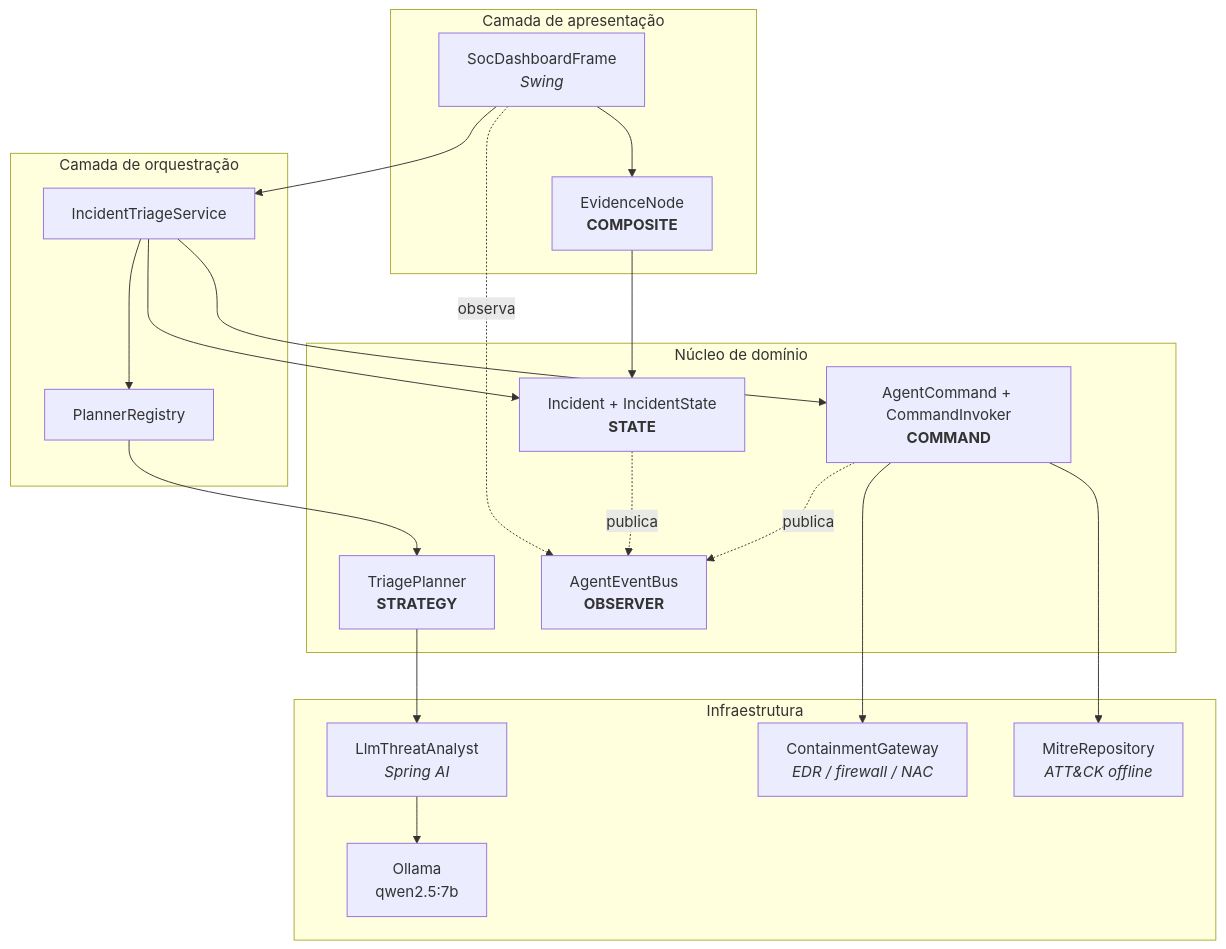
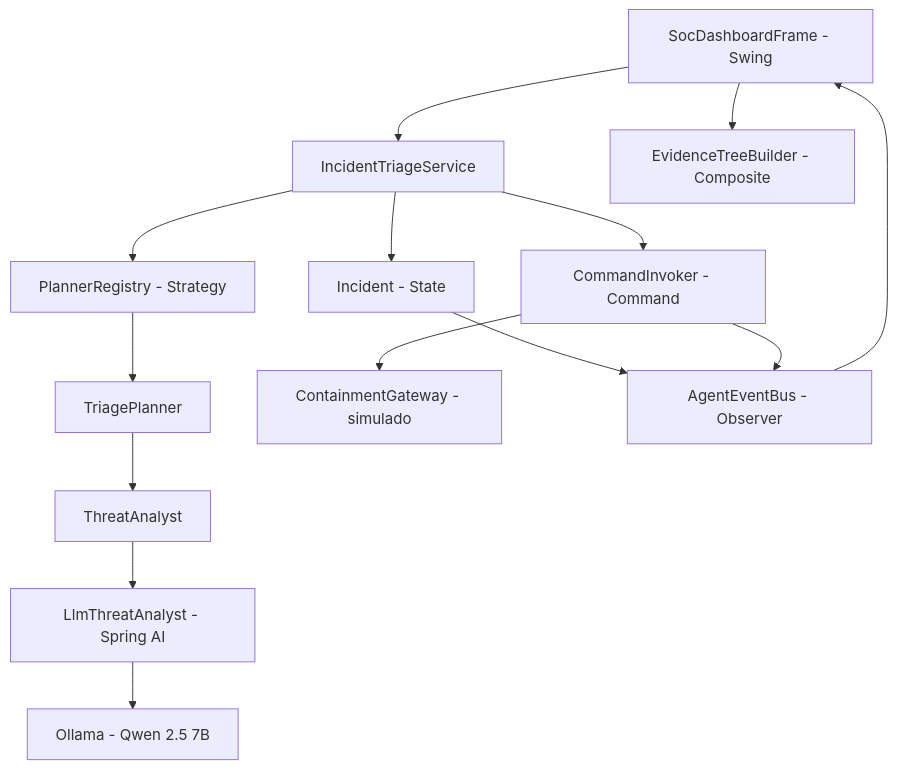
The first of 6 diagrams in docs/arquitetura.md (Galaticos-API/ES-III), drawn with Mermaid before and after one commit. The commit also changed other lines of this file and 28 other files, not shown here.

````diff
--- a/docs/arquitetura.md
+++ b/docs/arquitetura.md
@@ -14,41 +14,16 @@
 ```mermaid
 flowchart TB
-    subgraph GUI["Camada de apresentação"]
-        Frame["SocDashboardFrame<br/><i>Swing</i>"]
-        Tree["EvidenceNode<br/><b>COMPOSITE</b>"]
-    end
-
-    subgraph APP["Camada de orquestração"]
-        Service["IncidentTriageService"]
-        Registry["PlannerRegistry"]
-    end
-
-    subgraph PATTERNS["Núcleo de domínio"]
-        State["Incident + IncidentState<br/><b>STATE</b>"]
-        Cmd["AgentCommand + CommandInvoker<br/><b>COMMAND</b>"]
-        Strat["TriagePlanner<br/><b>STRATEGY</b>"]
-        Bus["AgentEventBus<br/><b>OBSERVER</b>"]
-    end
-
-    subgraph INFRA["Infraestrutura"]
-        Llm["LlmThreatAnalyst<br/><i>Spring AI</i>"]
-        Ollama["Ollama<br/>qwen2.5:7b"]
-        Gateway["ContainmentGateway<br/><i>EDR / firewall / NAC</i>"]
-        Mitre["MitreRepository<br/><i>ATT&amp;CK offline</i>"]
-    end
-
-    Frame --> Service
-    Frame --> Tree
-    Frame -. observa .-> Bus
-    Service --> Registry
-    Registry --> Strat
-    Service --> State
-    Service --> Cmd
-    State -. publica .-> Bus
-    Cmd -. publica .-> Bus
-    Strat --> Llm
-    Llm --> Ollama
-    Cmd --> Gateway
-    Cmd --> Mitre
-    Tree --> State
+    GUI["SocDashboardFrame - Swing"] --> Service["IncidentTriageService"]
+    GUI --> Tree["EvidenceTreeBuilder - Composite"]
+    Service --> Registry["PlannerRegistry - Strategy"]
+    Service --> State["Incident - State"]
+    Service --> Invoker["CommandInvoker - Command"]
+    Registry --> Planner["TriagePlanner"]
+    Planner --> Analyst["ThreatAnalyst"]
+    Analyst --> LLM["LlmThreatAnalyst - Spring AI"]
+    LLM --> Ollama["Ollama - Qwen 2.5 7B"]
+    Invoker --> Gateway["ContainmentGateway - simulado"]
+    State --> Bus["AgentEventBus - Observer"]
+    Invoker --> Bus
+    Bus --> GUI
 ```
````
